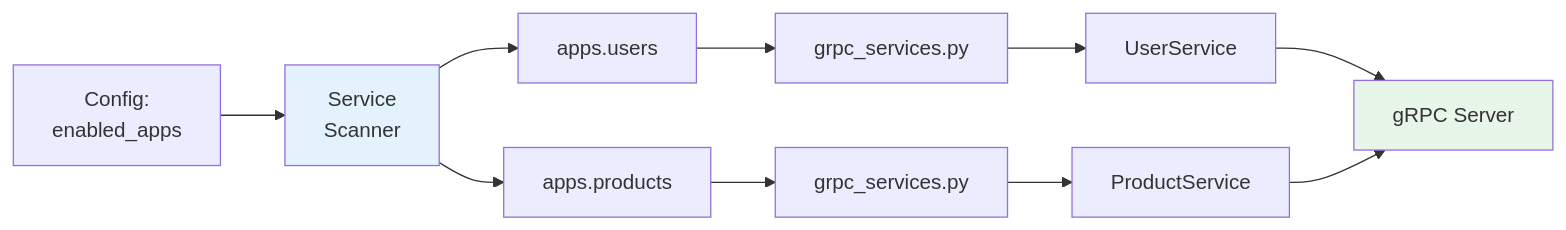
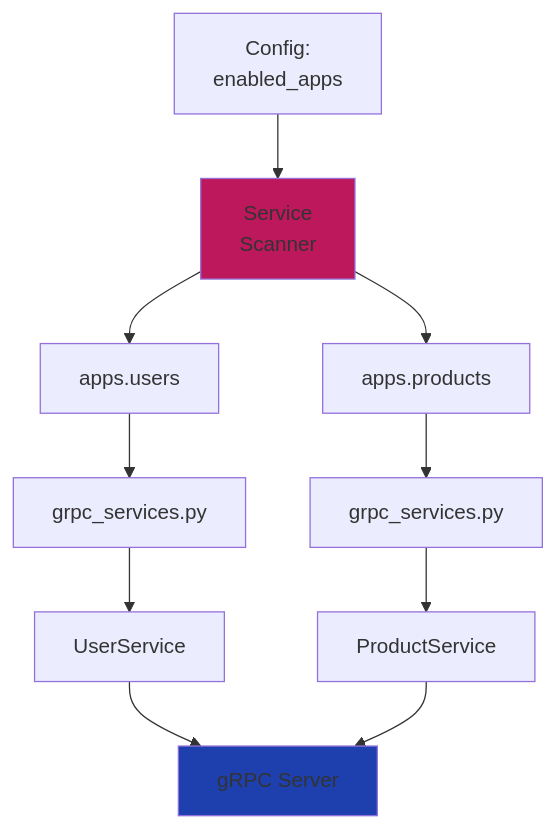
One commit to markolofsen/django-cfg changed the third of 8 diagrams in docs/features/integrations/grpc/concepts.md. Above: the diagram before and after it, drawn with Mermaid. The commit also changed other lines of this file and 10 other files, not shown here.

````diff
--- a/docs/features/integrations/grpc/concepts.md
+++ b/docs/features/integrations/grpc/concepts.md
@@ -134,18 +134,18 @@
 ```mermaid
-graph LR
+graph TB
     Config["Config:<br/>enabled_apps"] --> Scanner["Service<br/>Scanner"]
     Scanner --> App1["apps.users"]
     Scanner --> App2["apps.products"]
 
     App1 --> File1["grpc_services.py"]
     App2 --> File2["grpc_services.py"]
 
     File1 --> Service1["UserService"]
     File2 --> Service2["ProductService"]
 
     Service1 --> Server["gRPC Server"]
     Service2 --> Server
 
-    style Scanner fill:#e3f2fd
-    style Server fill:#e8f5e9
+    style Scanner fill:#be185d
+    style Server fill:#1e40af
 ```
````
